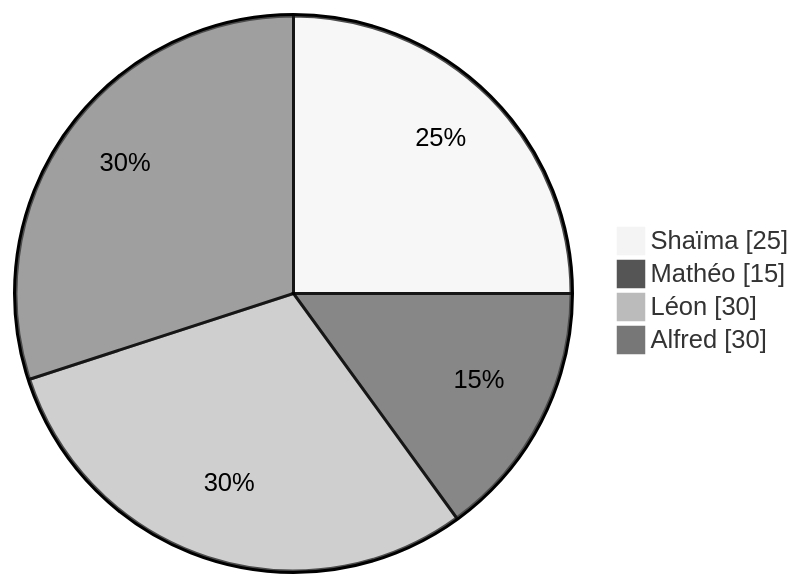
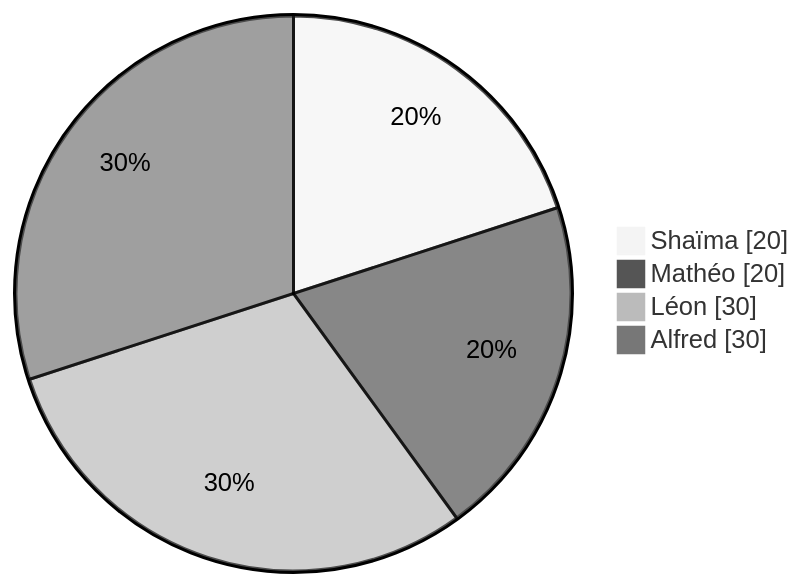
Diagram 11 of 11 in presentation/presentation.md (ING1-Paris/ece-world-paris-ing1-2022-2023-nintendeau), drawn with Mermaid before and after one commit. The commit also changed other lines of this file, not shown here.

```diff
--- a/presentation/presentation.md
+++ b/presentation/presentation.md
@@ -711,9 +708,9 @@
 <div class="mermaid">
 %%{init: {'theme':'neutral'}}%%
 pie showData
-    "Shaïma" : 25
-    "Mathéo" : 15
+    "Shaïma" : 20
+    "Mathéo" : 20
     "Léon" : 30
     "Alfred" : 30
     
 </div>
```
